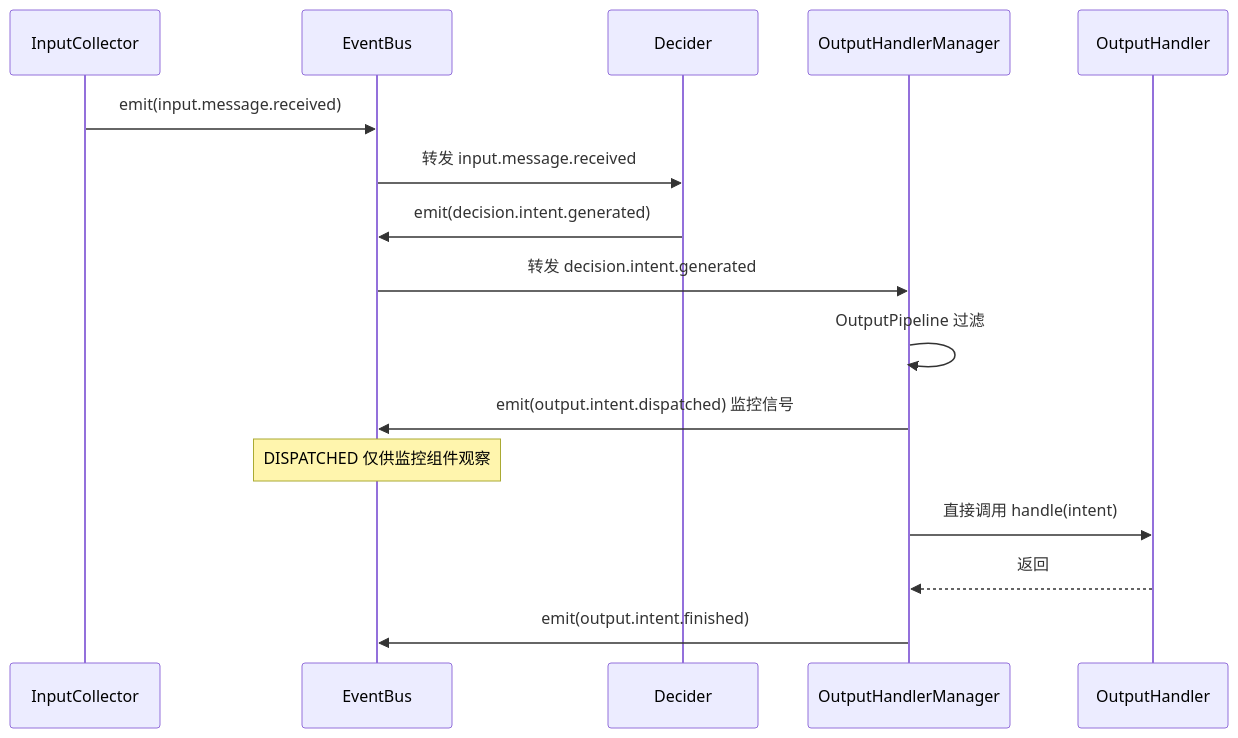
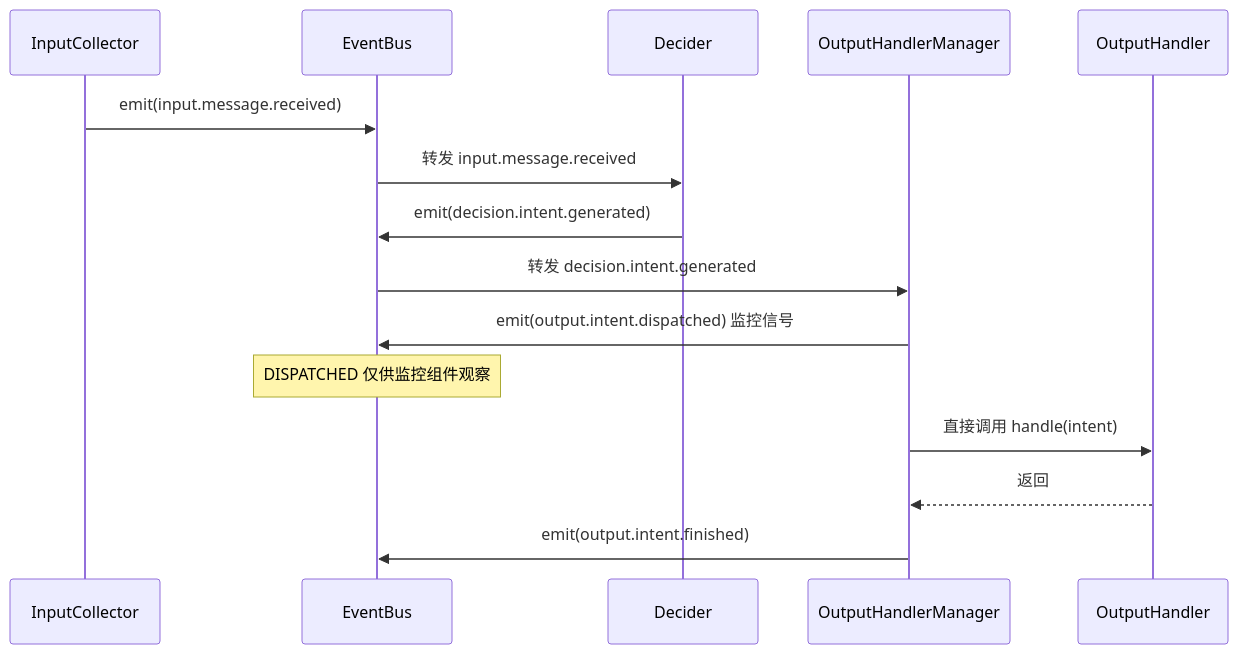
One commit to Mai-with-u/Amaidesu changed the diagram in docs/architecture/event-naming-convention.md. Above: the diagram before and after it, drawn with Mermaid. The commit also changed 37 other files, not shown here.

````diff
--- a/docs/architecture/event-naming-convention.md
+++ b/docs/architecture/event-naming-convention.md
@@ -219,19 +219,18 @@
 ```mermaid
 sequenceDiagram
     participant IC as InputCollector
     participant EB as EventBus
     participant DC as Decider
     participant OHM as OutputHandlerManager
     participant OH as OutputHandler
 
     IC->>EB: emit(input.message.received)
     EB->>DC: 转发 input.message.received
     DC->>EB: emit(decision.intent.generated)
     EB->>OHM: 转发 decision.intent.generated
-    OHM->>OHM: OutputPipeline 过滤
     OHM->>EB: emit(output.intent.dispatched) 监控信号
     Note over EB: DISPATCHED 仅供监控组件观察
     OHM->>OH: 直接调用 handle(intent)
     OH-->>OHM: 返回
     OHM->>EB: emit(output.intent.finished)
 ```
````
